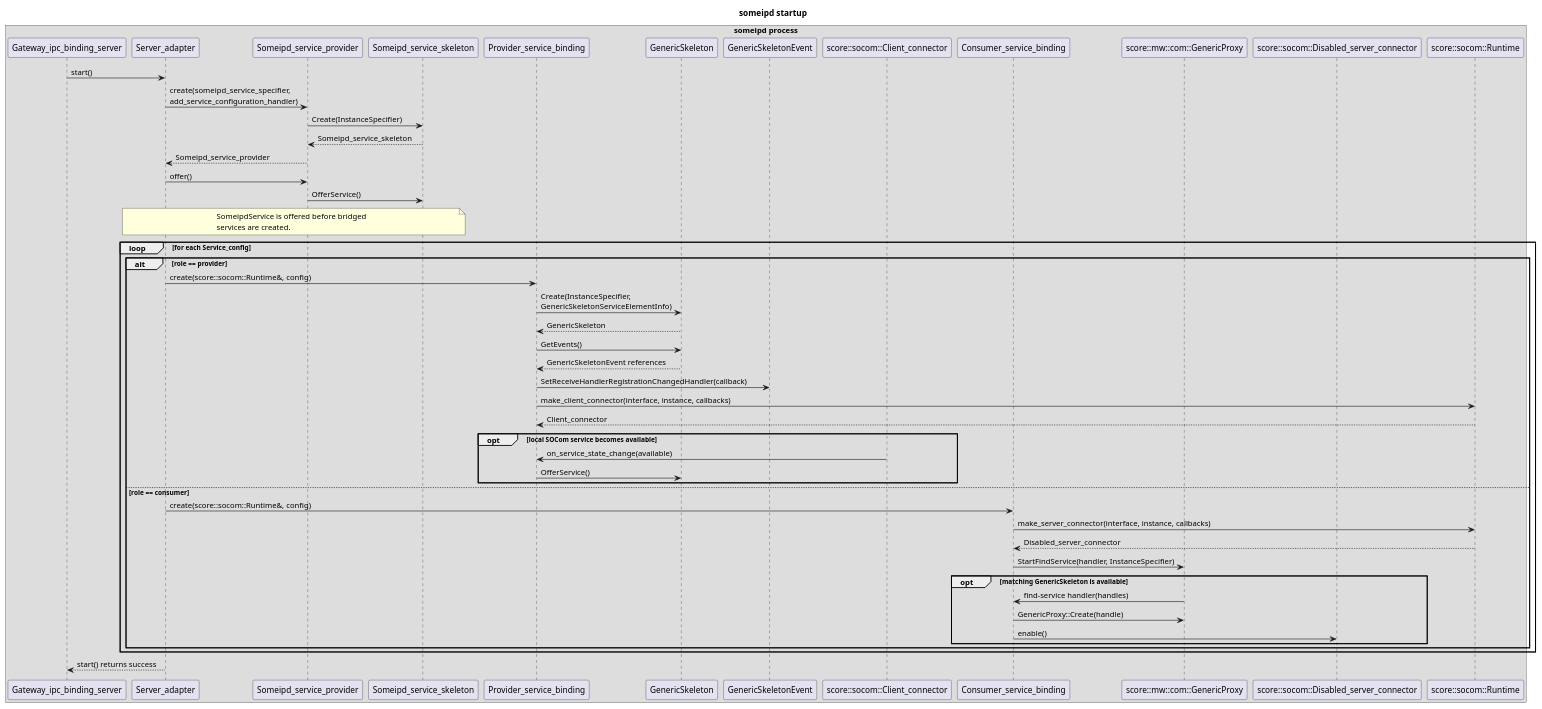
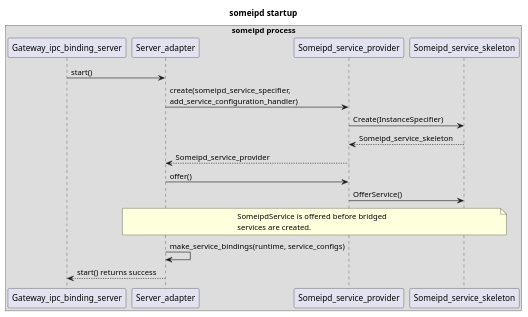
The diagram in score/gateway_ipc_binding/docs/models/mw_com_startup_someipd.puml (eclipse-score/inc_someip_gateway), drawn with PlantUML before and after one commit. The commit also changed 3 other files, not shown here.

Commit message:
move binding creation into separate diagram

```diff
--- a/score/gateway_ipc_binding/docs/models/mw_com_startup_someipd.puml
+++ b/score/gateway_ipc_binding/docs/models/mw_com_startup_someipd.puml
@@ -14,60 +14,27 @@
 @startuml
 title someipd startup
 
 box "someipd process"
 participant "Gateway_ipc_binding_server" as public_api
 participant "Server_adapter" as adapter
 participant "Someipd_service_provider" as someipd_provider
 participant "Someipd_service_skeleton" as someipd_skeleton
-participant "Provider_service_binding" as provider
-participant "GenericSkeleton" as generic_skeleton
-participant "GenericSkeletonEvent" as skeleton_event
-participant "score::socom::Client_connector" as provider_connector
-participant "Consumer_service_binding" as consumer
-participant "score::mw::com::GenericProxy" as generic_proxy
-participant "score::socom::Disabled_server_connector" as disabled_connector
-participant "score::socom::Runtime" as socom_runtime
 end box
 
 public_api -> adapter : start()
 adapter -> someipd_provider : create(someipd_service_specifier,\nadd_service_configuration_handler)
 someipd_provider -> someipd_skeleton : Create(InstanceSpecifier)
 someipd_skeleton --> someipd_provider : Someipd_service_skeleton
 someipd_provider --> adapter : Someipd_service_provider
 adapter -> someipd_provider : offer()
 someipd_provider -> someipd_skeleton : OfferService()
 
 note over adapter, someipd_skeleton
   SomeipdService is offered before bridged
   services are created.
 end note
 
-loop for each Service_config
-  alt role == provider
-    adapter -> provider : create(score::socom::Runtime&, config)
-    provider -> generic_skeleton : Create(InstanceSpecifier,\nGenericSkeletonServiceElementInfo)
-    generic_skeleton --> provider : GenericSkeleton
-    provider -> generic_skeleton : GetEvents()
-    generic_skeleton --> provider : GenericSkeletonEvent references
-    provider -> skeleton_event : SetReceiveHandlerRegistrationChangedHandler(callback)
-    provider -> socom_runtime : make_client_connector(interface, instance, callbacks)
-    socom_runtime --> provider : Client_connector
-    opt local SOCom service becomes available
-      provider_connector -> provider : on_service_state_change(available)
-      provider -> generic_skeleton : OfferService()
-    end
-  else role == consumer
-    adapter -> consumer : create(score::socom::Runtime&, config)
-    consumer -> socom_runtime : make_server_connector(interface, instance, callbacks)
-    socom_runtime --> consumer : Disabled_server_connector
-    consumer -> generic_proxy : StartFindService(handler, InstanceSpecifier)
-    opt matching GenericSkeleton is available
-      generic_proxy -> consumer : find-service handler(handles)
-      consumer -> generic_proxy : GenericProxy::Create(handle)
-      consumer -> disabled_connector : enable()
-    end
-  end
-end
+adapter -> adapter : make_service_bindings(runtime, service_configs)
 
 adapter --> public_api : start() returns success
 @enduml
```
